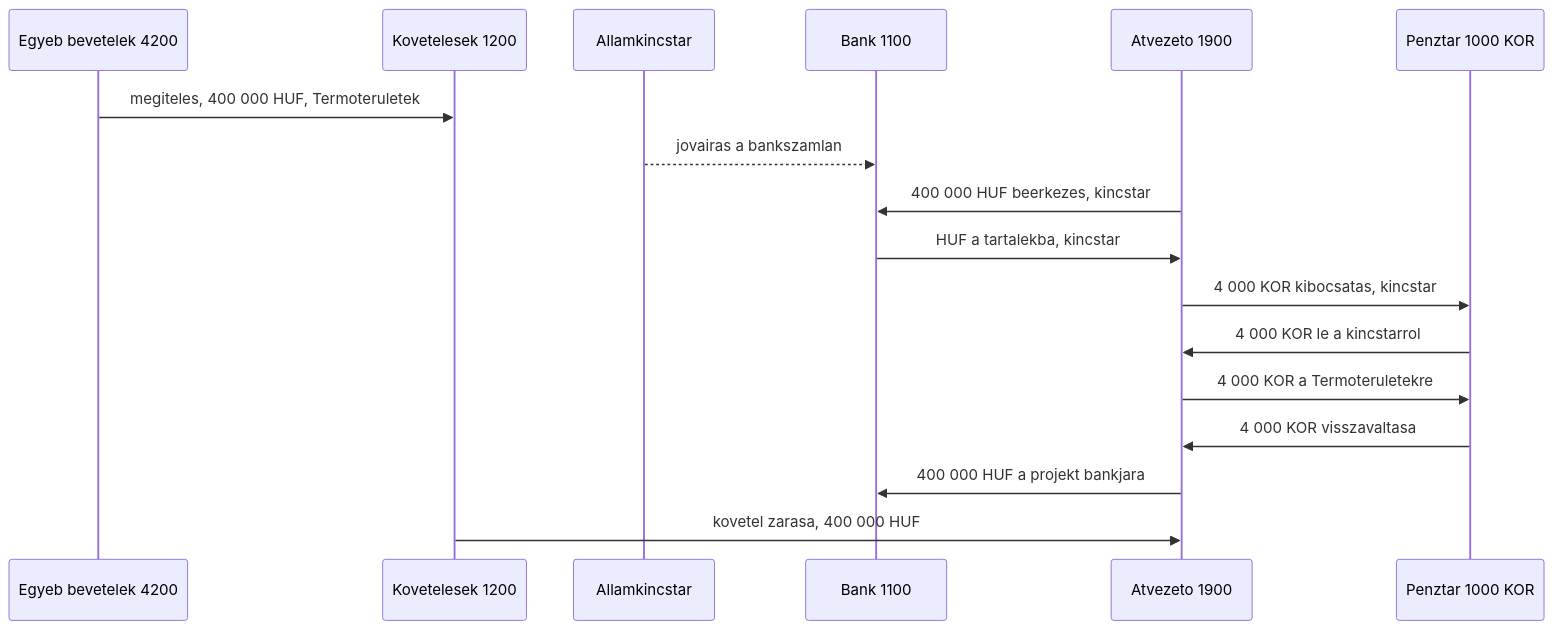
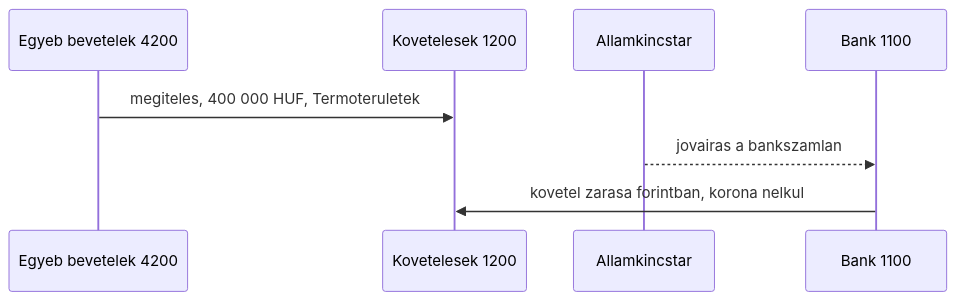
Before and after one commit to pitiboy/curr: the ninth of 15 diagrams in docs/transaction-workflow.md, drawn with Mermaid. The commit also changed other lines of this file and 1 other file, not shown here.

First line of the commit message:
docs: korona csak lekötéskor a nyilvántartásokon

````diff
--- a/docs/transaction-workflow.md
+++ b/docs/transaction-workflow.md
@@ -494,20 +440,11 @@
 ```mermaid
 sequenceDiagram
   participant Bevetel as Egyeb bevetelek 4200
   participant Kovetel as Kovetelesek 1200
   participant Kincstar as Allamkincstar
   participant Bank as Bank 1100
-  participant Atv as Atvezeto 1900
-  participant Penztar as Penztar 1000 KOR
 
   Bevetel->>Kovetel: megiteles, 400 000 HUF, Termoteruletek
   Kincstar-->>Bank: jovairas a bankszamlan
-  Atv->>Bank: 400 000 HUF beerkezes, kincstar
-  Bank->>Atv: HUF a tartalekba, kincstar
-  Atv->>Penztar: 4 000 KOR kibocsatas, kincstar
-  Penztar->>Atv: 4 000 KOR le a kincstarrol
-  Atv->>Penztar: 4 000 KOR a Termoteruletekre
-  Penztar->>Atv: 4 000 KOR visszavaltasa
-  Atv->>Bank: 400 000 HUF a projekt bankjara
-  Kovetel->>Atv: kovetel zarasa, 400 000 HUF
+  Bank->>Kovetel: kovetel zarasa forintban, korona nelkul
 ```
````
